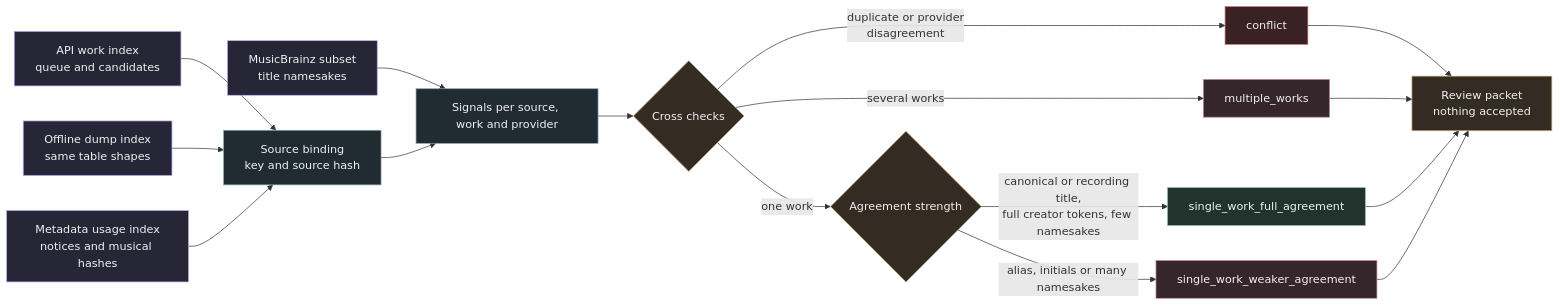
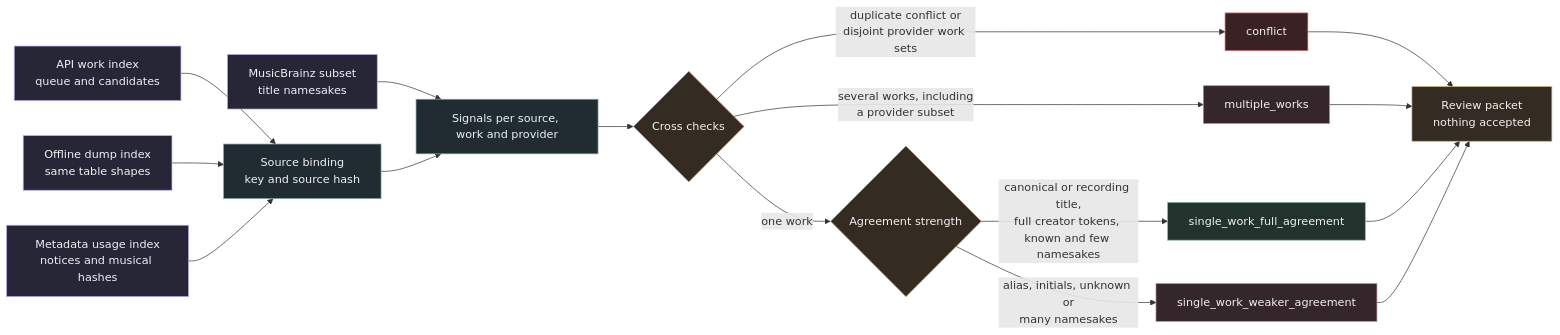
One commit to AlgoritmiNarvik/SaMuGeD-Algoritmi-DrDreSamplerAI-2024 changed the diagram in docs/research/corpus/candidate_assessment.md. Above: the diagram before and after it, drawn with Mermaid. The commit also changed other lines of this file and 2 other files, not shown here.

Commit message:
fix(candidate_assessment): require known namesake counts, treat provider overlap as agreement and lock the work index

````diff
--- a/docs/research/corpus/candidate_assessment.md
+++ b/docs/research/corpus/candidate_assessment.md
@@ -5,25 +5,25 @@
 ```mermaid
 flowchart LR
     W[API work index<br/>queue and candidates]:::data --> B[Source binding<br/>key and source hash]:::action
     O[Offline dump index<br/>same table shapes]:::data --> B
     M[Metadata usage index<br/>notices and musical hashes]:::data --> B
     S[MusicBrainz subset<br/>title namesakes]:::data --> G
     B --> G[Signals per source, work and provider]:::action
     G --> C{Cross checks}:::decision
-    C -->|duplicate or provider<br/>disagreement| X[conflict]:::blocked
-    C -->|several works| MW[multiple_works]:::pending
+    C -->|duplicate conflict or<br/>disjoint provider work sets| X[conflict]:::blocked
+    C -->|several works, including<br/>a provider subset| MW[multiple_works]:::pending
     C -->|one work| T{Agreement strength}:::decision
-    T -->|canonical or recording title,<br/>full creator tokens, few namesakes| F[single_work_full_agreement]:::allowed
-    T -->|alias, initials or many namesakes| WK[single_work_weaker_agreement]:::pending
+    T -->|canonical or recording title,<br/>full creator tokens, known and few namesakes| F[single_work_full_agreement]:::allowed
+    T -->|alias, initials, unknown or<br/>many namesakes| WK[single_work_weaker_agreement]:::pending
     X --> P[Review packet<br/>nothing accepted]:::review
     MW --> P
     F --> P
     WK --> P
     classDef data fill:#262637,stroke:#b9acf3,color:#f0f0f2
     classDef action fill:#202c31,stroke:#85a5af,color:#f0f0f2
     classDef decision fill:#342c22,stroke:#c8a878,color:#f0f0f2
     classDef review fill:#342c22,stroke:#c8a878,color:#f0f0f2
     classDef allowed fill:#21332c,stroke:#8bb79f,color:#f0f0f2
     classDef pending fill:#35262b,stroke:#c48b99,color:#f0f0f2
     classDef blocked fill:#3a2224,stroke:#d0777f,color:#f0f0f2
 ```
````
